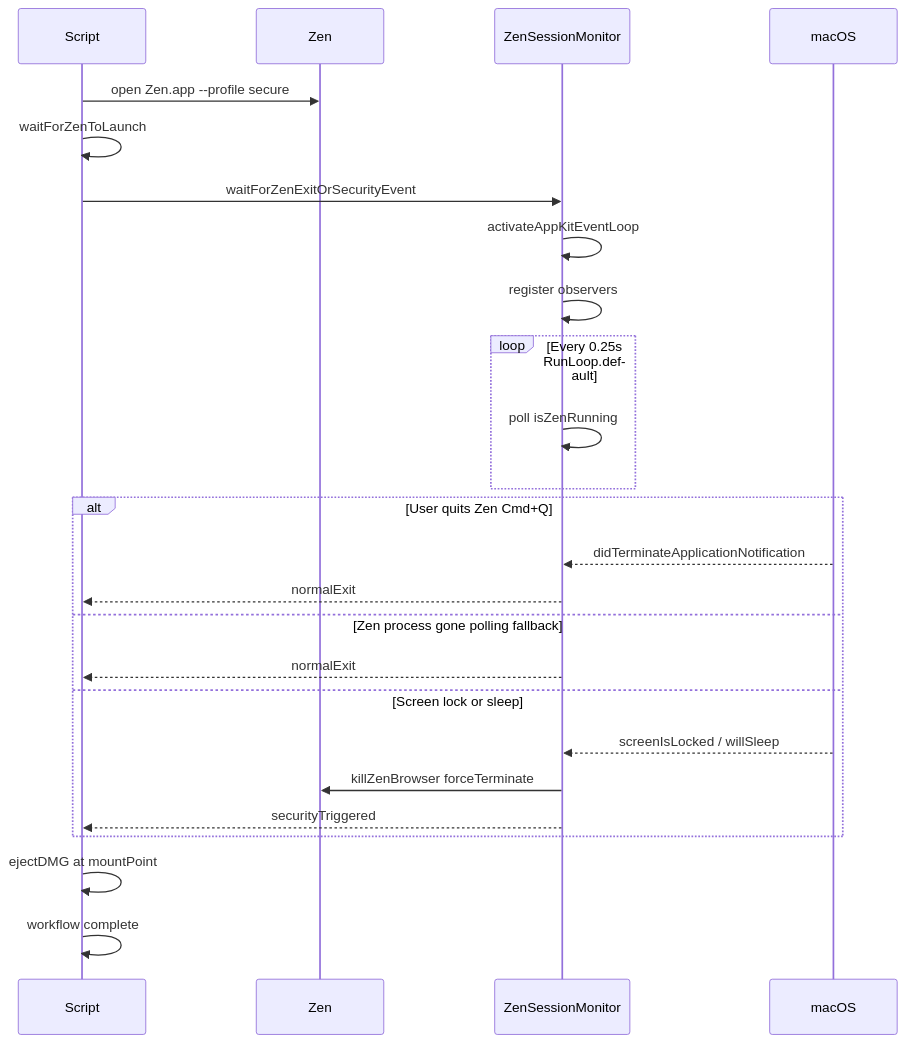
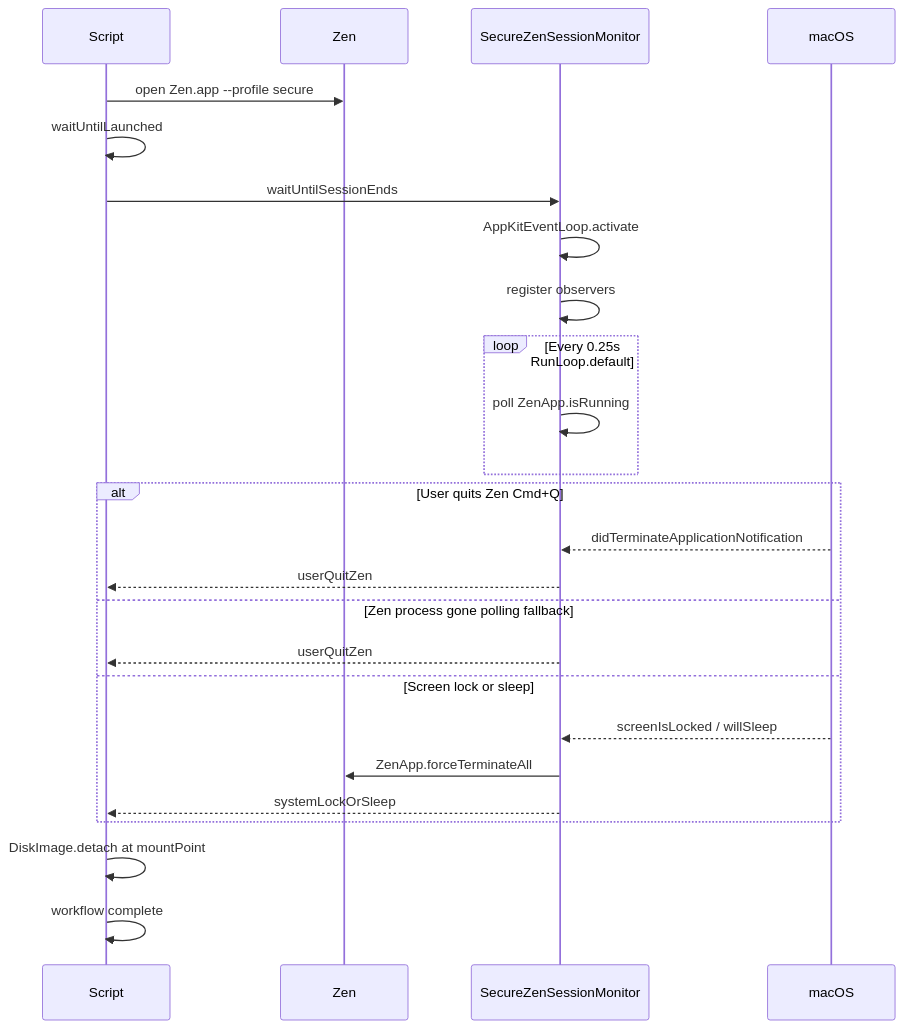
The third of 5 diagrams in პროფილი-README.md (Johann-Goncalves-Pereira/Raycast), drawn with Mermaid before and after one commit. The commit also changed other lines of this file and 1 other file, not shown here.

First line of the commit message:
refactor ✨: Update Zen Secure Profile Launcher for improved clarity and functionality

````diff
--- a/პროფილი-README.md
+++ b/პროფილი-README.md
@@ -94,31 +94,31 @@
 ```mermaid
 sequenceDiagram
     participant Script
     participant Zen
-    participant Monitor as ZenSessionMonitor
+    participant Monitor as SecureZenSessionMonitor
     participant macOS
 
     Script->>Zen: open Zen.app --profile secure
-    Script->>Script: waitForZenToLaunch
-    Script->>Monitor: waitForZenExitOrSecurityEvent
-    Monitor->>Monitor: activateAppKitEventLoop
+    Script->>Script: waitUntilLaunched
+    Script->>Monitor: waitUntilSessionEnds
+    Monitor->>Monitor: AppKitEventLoop.activate
     Monitor->>Monitor: register observers
 
     loop Every 0.25s RunLoop.default
-        Monitor->>Monitor: poll isZenRunning
+        Monitor->>Monitor: poll ZenApp.isRunning
     end
 
     alt User quits Zen Cmd+Q
         macOS-->>Monitor: didTerminateApplicationNotification
-        Monitor-->>Script: normalExit
+        Monitor-->>Script: userQuitZen
     else Zen process gone polling fallback
-        Monitor-->>Script: normalExit
+        Monitor-->>Script: userQuitZen
     else Screen lock or sleep
         macOS-->>Monitor: screenIsLocked / willSleep
-        Monitor->>Zen: killZenBrowser forceTerminate
-        Monitor-->>Script: securityTriggered
+        Monitor->>Zen: ZenApp.forceTerminateAll
+        Monitor-->>Script: systemLockOrSleep
     end
 
-    Script->>Script: ejectDMG at mountPoint
+    Script->>Script: DiskImage.detach at mountPoint
     Script->>Script: workflow complete
 ```
````
